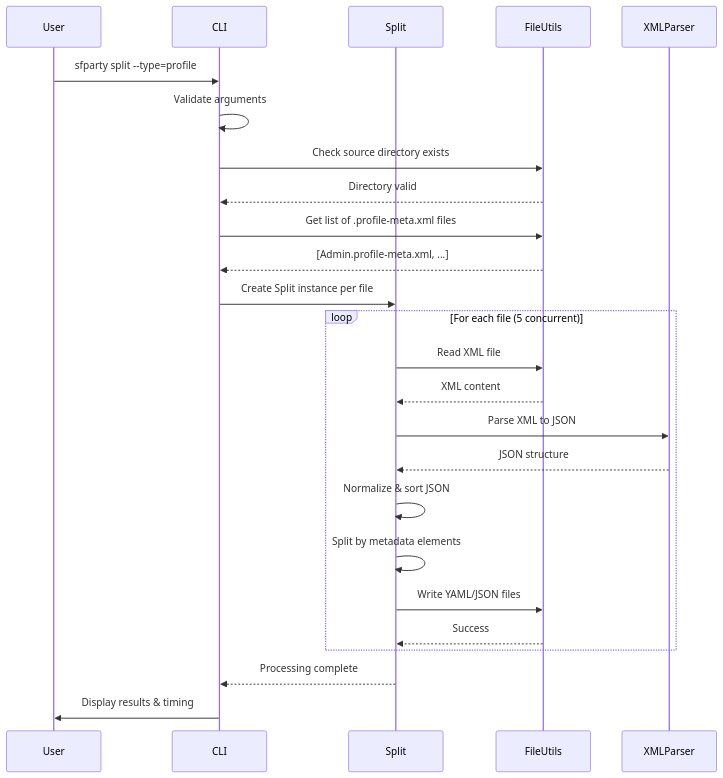
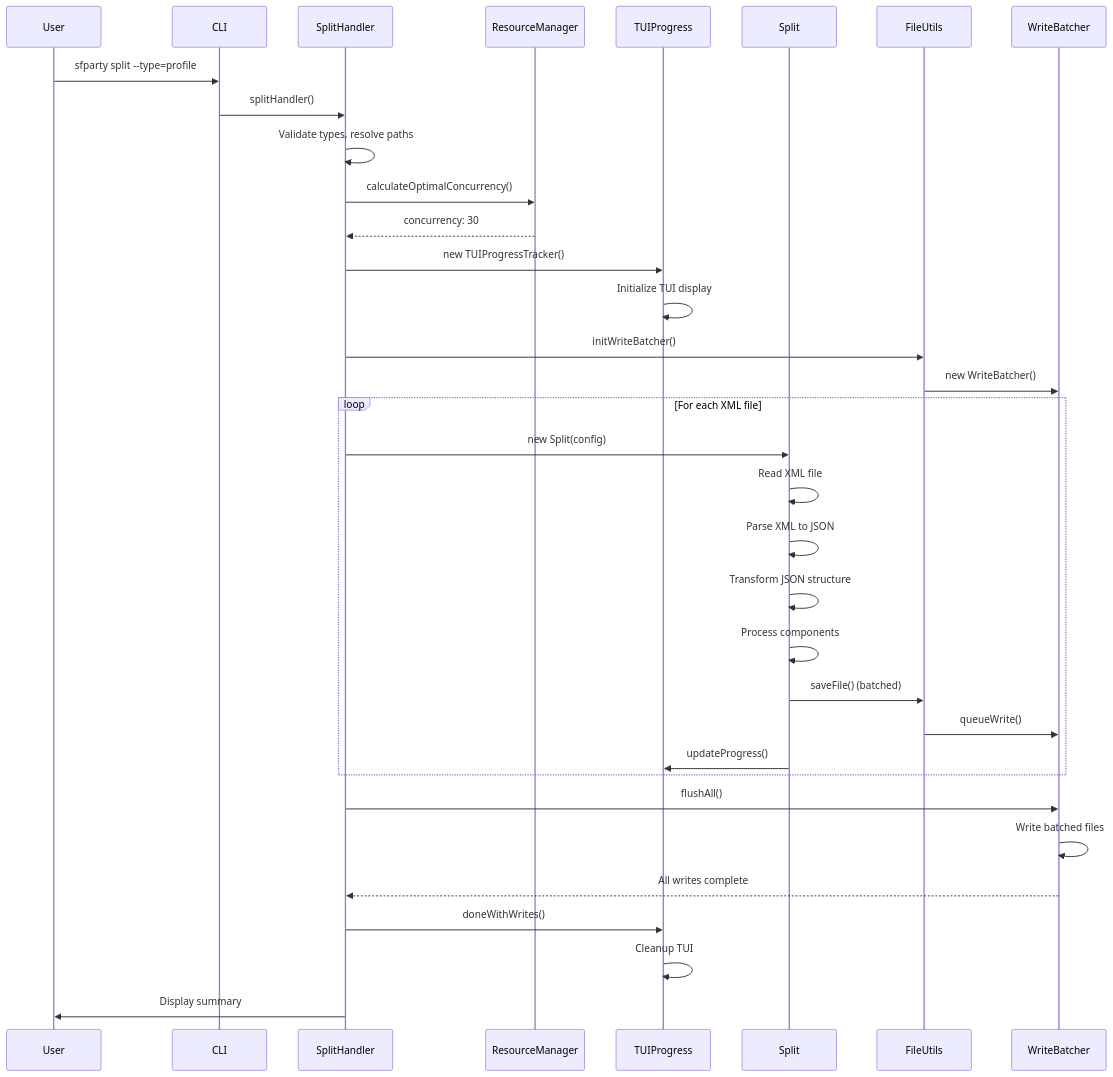
One commit to TimPaulaskasDS/sfparty changed the second of 3 diagrams in llm.md. Above: the diagram before and after it, drawn with Mermaid. The commit also changed other lines of this file, not shown here.

````diff
--- a/llm.md
+++ b/llm.md
@@ -416,30 +284,39 @@
 ```mermaid
 sequenceDiagram
     participant User
     participant CLI
+    participant SplitHandler
+    participant ResourceManager
+    participant TUIProgress
     participant Split
     participant FileUtils
-    participant XMLParser
+    participant WriteBatcher
     
     User->>CLI: sfparty split --type=profile
-    CLI->>CLI: Validate arguments
-    CLI->>FileUtils: Check source directory exists
-    FileUtils-->>CLI: Directory valid
-    CLI->>FileUtils: Get list of .profile-meta.xml files
-    FileUtils-->>CLI: [Admin.profile-meta.xml, ...]
+    CLI->>SplitHandler: splitHandler()
+    SplitHandler->>SplitHandler: Validate types, resolve paths
+    SplitHandler->>ResourceManager: calculateOptimalConcurrency()
+    ResourceManager-->>SplitHandler: concurrency: 30
+    SplitHandler->>TUIProgress: new TUIProgressTracker()
+    TUIProgress->>TUIProgress: Initialize TUI display
+    SplitHandler->>FileUtils: initWriteBatcher()
+    FileUtils->>WriteBatcher: new WriteBatcher()
     
-    CLI->>Split: Create Split instance per file
-    loop For each file (5 concurrent)
-        Split->>FileUtils: Read XML file
-        FileUtils-->>Split: XML content
-        Split->>XMLParser: Parse XML to JSON
-        XMLParser-->>Split: JSON structure
-        Split->>Split: Normalize & sort JSON
-        Split->>Split: Split by metadata elements
-        Split->>FileUtils: Write YAML/JSON files
-        FileUtils-->>Split: Success
+    loop For each XML file
+        SplitHandler->>Split: new Split(config)
+        Split->>Split: Read XML file
+        Split->>Split: Parse XML to JSON
+        Split->>Split: Transform JSON structure
+        Split->>Split: Process components
+        Split->>FileUtils: saveFile() (batched)
+        FileUtils->>WriteBatcher: queueWrite()
+        Split->>TUIProgress: updateProgress()
     end
     
-    Split-->>CLI: Processing complete
-    CLI->>User: Display results & timing
+    SplitHandler->>WriteBatcher: flushAll()
+    WriteBatcher->>WriteBatcher: Write batched files
+    WriteBatcher-->>SplitHandler: All writes complete
+    SplitHandler->>TUIProgress: doneWithWrites()
+    TUIProgress->>TUIProgress: Cleanup TUI
+    SplitHandler->>User: Display summary
 ```
````
